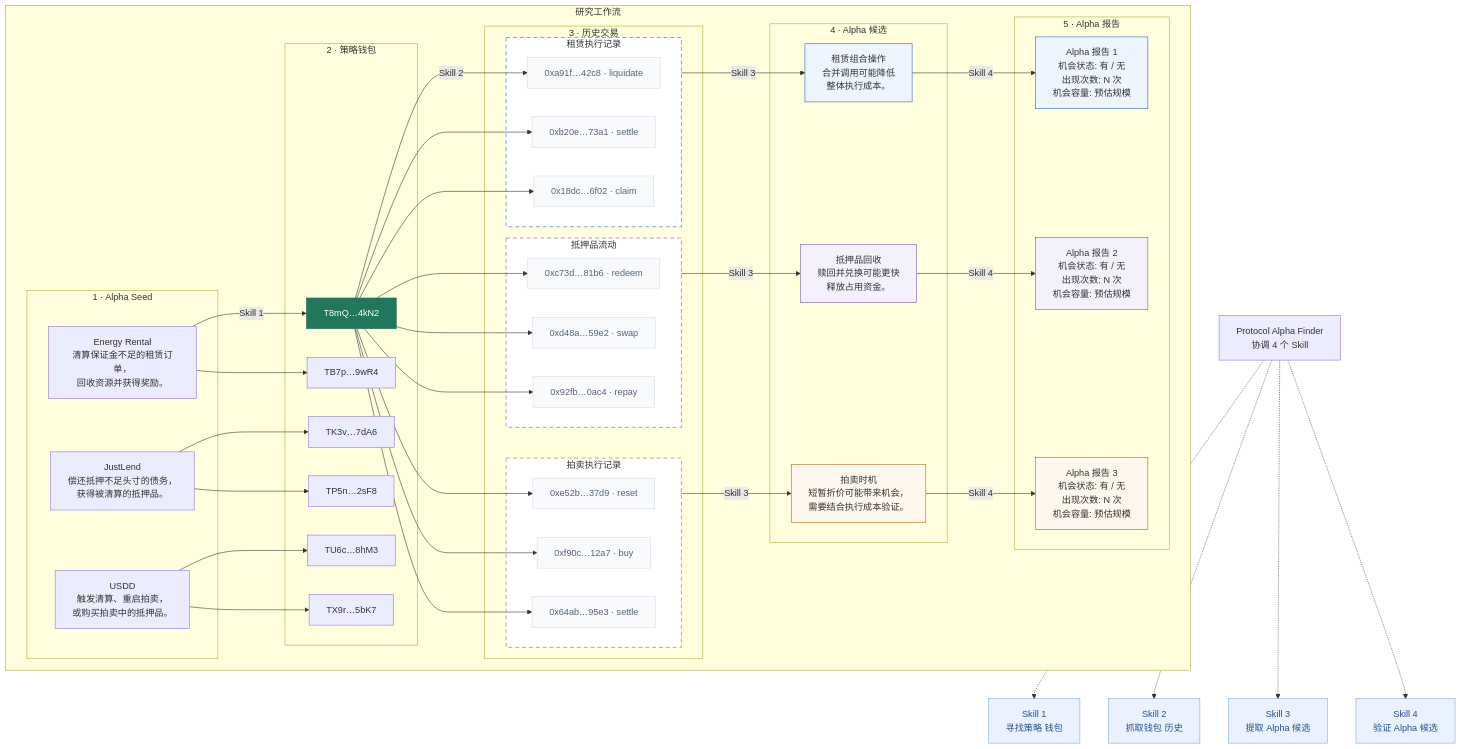
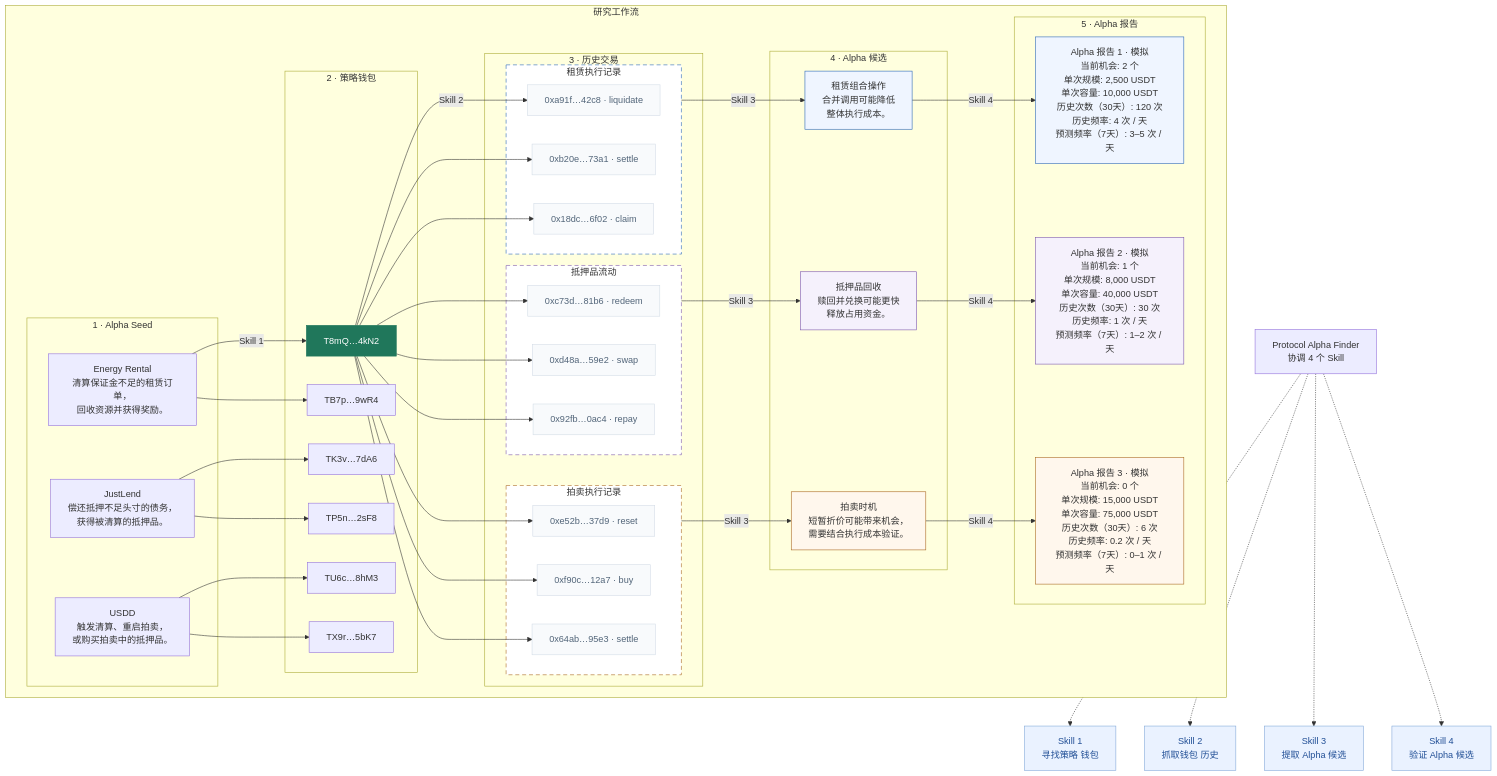
The diagram in docs/diagrams/system-architecture-zh-CN.mmd (qinyh10300/protocol-alpha-finder), drawn with Mermaid before and after one commit. The commit also changed 6 other files, not shown here.

Commit message:
Populate architecture report cards with labeled mock metrics

```diff
--- a/docs/diagrams/system-architecture-zh-CN.mmd
+++ b/docs/diagrams/system-architecture-zh-CN.mmd
@@ -1,98 +1,98 @@
 flowchart TB
     subgraph FLOW["研究工作流"]
         direction LR
         subgraph SEEDS["1 · Alpha Seed"]
             SEED0["Energy Rental<br/>清算保证金不足的租赁订单，<br/>回收资源并获得奖励。"]
             SEED1["JustLend<br/>偿还抵押不足头寸的债务，<br/>获得被清算的抵押品。"]
             SEED2["USDD<br/>触发清算、重启拍卖，<br/>或购买拍卖中的抵押品。"]
         end
         subgraph WALLETS["2 · 策略钱包"]
             WALLET0["T8mQ…4kN2"]
             WALLET1["TB7p…9wR4"]
             WALLET2["TK3v…7dA6"]
             WALLET3["TP5n…2sF8"]
             WALLET4["TU6c…8hM3"]
             WALLET5["TX9r…5bK7"]
         end
         subgraph HISTORYS["3 · 历史交易"]
             subgraph HISTORY0["租赁执行记录"]
                 TX00["0xa91f…42c8 · liquidate"]
                 TX01["0xb20e…73a1 · settle"]
                 TX02["0x18dc…6f02 · claim"]
             end
             subgraph HISTORY1["抵押品流动"]
                 TX10["0xc73d…81b6 · redeem"]
                 TX11["0xd48a…59e2 · swap"]
                 TX12["0x92fb…0ac4 · repay"]
             end
             subgraph HISTORY2["拍卖执行记录"]
                 TX20["0xe52b…37d9 · reset"]
                 TX21["0xf90c…12a7 · buy"]
                 TX22["0x64ab…95e3 · settle"]
             end
         end
         subgraph CANDIDATES["4 · Alpha 候选"]
             CANDIDATE0["租赁组合操作<br/>合并调用可能降低<br/>整体执行成本。"]
             CANDIDATE1["抵押品回收<br/>赎回并兑换可能更快<br/>释放占用资金。"]
             CANDIDATE2["拍卖时机<br/>短暂折价可能带来机会，<br/>需要结合执行成本验证。"]
         end
         subgraph REPORTS["5 · Alpha 报告"]
-            REPORT0["Alpha 报告 1<br/>机会状态: 有 / 无<br/>出现次数: N 次<br/>机会容量: 预估规模"]
-            REPORT1["Alpha 报告 2<br/>机会状态: 有 / 无<br/>出现次数: N 次<br/>机会容量: 预估规模"]
-            REPORT2["Alpha 报告 3<br/>机会状态: 有 / 无<br/>出现次数: N 次<br/>机会容量: 预估规模"]
+            REPORT0["Alpha 报告 1 · 模拟<br/>当前机会: 2 个<br/>单次规模: 2,500 USDT<br/>单次容量: 10,000 USDT<br/>历史次数（30天）: 120 次<br/>历史频率: 4 次 / 天<br/>预测频率（7天）: 3–5 次 / 天"]
+            REPORT1["Alpha 报告 2 · 模拟<br/>当前机会: 1 个<br/>单次规模: 8,000 USDT<br/>单次容量: 40,000 USDT<br/>历史次数（30天）: 30 次<br/>历史频率: 1 次 / 天<br/>预测频率（7天）: 1–2 次 / 天"]
+            REPORT2["Alpha 报告 3 · 模拟<br/>当前机会: 0 个<br/>单次规模: 15,000 USDT<br/>单次容量: 75,000 USDT<br/>历史次数（30天）: 6 次<br/>历史频率: 0.2 次 / 天<br/>预测频率（7天）: 0–1 次 / 天"]
         end
         SEED0 -->|Skill 1| WALLET0
         SEED0 --> WALLET1
         SEED1 --> WALLET2
         SEED1 --> WALLET3
         SEED2 --> WALLET4
         SEED2 --> WALLET5
         WALLET0 -->|Skill 2| TX00
         WALLET0 --> TX01
         WALLET0 --> TX02
         WALLET0 --> TX10
         WALLET0 --> TX11
         WALLET0 --> TX12
         WALLET0 --> TX20
         WALLET0 --> TX21
         WALLET0 --> TX22
         HISTORY0 -->|Skill 3| CANDIDATE0
         HISTORY1 -->|Skill 3| CANDIDATE1
         HISTORY2 -->|Skill 3| CANDIDATE2
         CANDIDATE0 -->|Skill 4| REPORT0
         CANDIDATE1 -->|Skill 4| REPORT1
         CANDIDATE2 -->|Skill 4| REPORT2
     end
     S1["Skill 1<br/>寻找策略 钱包"]
     S2["Skill 2<br/>抓取钱包 历史"]
     S3["Skill 3<br/>提取 Alpha 候选"]
     S4["Skill 4<br/>验证 Alpha 候选"]
     COORD["Protocol Alpha Finder<br/>协调 4 个 Skill"]
     COORD -.-> S1
     COORD -.-> S2
     COORD -.-> S3
     COORD -.-> S4
     style WALLET0 fill:#20775b,stroke:#20775b,color:#ffffff
     style S1 fill:#eaf2ff,stroke:#83a8d8,color:#214f96
     style S2 fill:#eaf2ff,stroke:#83a8d8,color:#214f96
     style S3 fill:#eaf2ff,stroke:#83a8d8,color:#214f96
     style S4 fill:#eaf2ff,stroke:#83a8d8,color:#214f96
     style HISTORY0 fill:#ffffff,stroke:#2563b8,stroke-dasharray:7 5
     style CANDIDATE0 fill:#eff5ff,stroke:#2563b8
     style REPORT0 fill:#eff5ff,stroke:#2563b8
     style TX00 fill:#f8fafc,stroke:#d3dce6,color:#526579
     style TX01 fill:#f8fafc,stroke:#d3dce6,color:#526579
     style TX02 fill:#f8fafc,stroke:#d3dce6,color:#526579
     style HISTORY1 fill:#ffffff,stroke:#7953ad,stroke-dasharray:7 5
     style CANDIDATE1 fill:#f5f1fc,stroke:#7953ad
     style REPORT1 fill:#f5f1fc,stroke:#7953ad
     style TX10 fill:#f8fafc,stroke:#d3dce6,color:#526579
     style TX11 fill:#f8fafc,stroke:#d3dce6,color:#526579
     style TX12 fill:#f8fafc,stroke:#d3dce6,color:#526579
     style HISTORY2 fill:#ffffff,stroke:#a8661e,stroke-dasharray:7 5
     style CANDIDATE2 fill:#fff7ed,stroke:#a8661e
     style REPORT2 fill:#fff7ed,stroke:#a8661e
     style TX20 fill:#f8fafc,stroke:#d3dce6,color:#526579
     style TX21 fill:#f8fafc,stroke:#d3dce6,color:#526579
     style TX22 fill:#f8fafc,stroke:#d3dce6,color:#526579
-    %% 地址、交易与报告内容均为方法示意。Skill 2 抓取选中钱包的历史交易，三组虚线标出的证据分别支持三个候选假设。Skill 4 验证每个候选并生成各自的 Alpha 报告。Protocol Alpha Finder 统一协调四个操作。采集与复查由手动发起，并记录历史覆盖情况。
+    %% 地址、交易与报告内容均为方法示意。Skill 2 抓取选中钱包的历史交易，三组虚线标出的证据分别支持三个候选假设。Skill 4 验证每个候选并生成各自的 Alpha 报告。Protocol Alpha Finder 统一协调四个操作。采集与复查由手动发起，并记录历史覆盖情况。 报告指标均为模拟数据 · 规模为单次典型投入，容量为单次最大可投入资金；预测频率为未来 7 天的示意。
```
